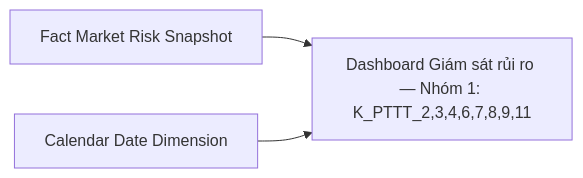
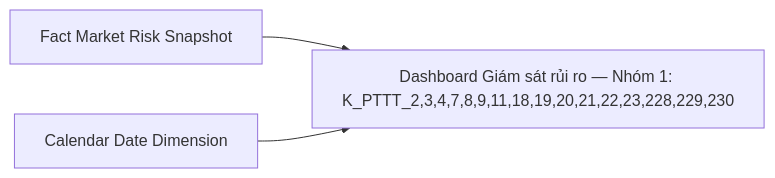
One commit to linhlvit/ubck_atomic_design changed diagram 12 of 51 in Datamart/hld/DTM_PTTT_HLD.md. Above: the diagram before and after it, drawn with Mermaid. The commit also changed other lines of this file and 11 other files, not shown here.

````diff
--- a/Datamart/hld/DTM_PTTT_HLD.md
+++ b/Datamart/hld/DTM_PTTT_HLD.md
@@ -498,5 +485,5 @@
 ```mermaid
 flowchart LR
-    fct_mkt_rsk_snpst["Fact Market Risk Snapshot"] --> rpt_nh1_giam_sat["Dashboard Giám sát rủi ro — Nhóm 1: K_PTTT_2,3,4,6,7,8,9,11"]
+    fct_mkt_rsk_snpst["Fact Market Risk Snapshot"] --> rpt_nh1_giam_sat["Dashboard Giám sát rủi ro — Nhóm 1: K_PTTT_2,3,4,7,8,9,11,18,19,20,21,22,23,228,229,230"]
     cdr_dt_dim["Calendar Date Dimension"] --> rpt_nh1_giam_sat
 ```
````
